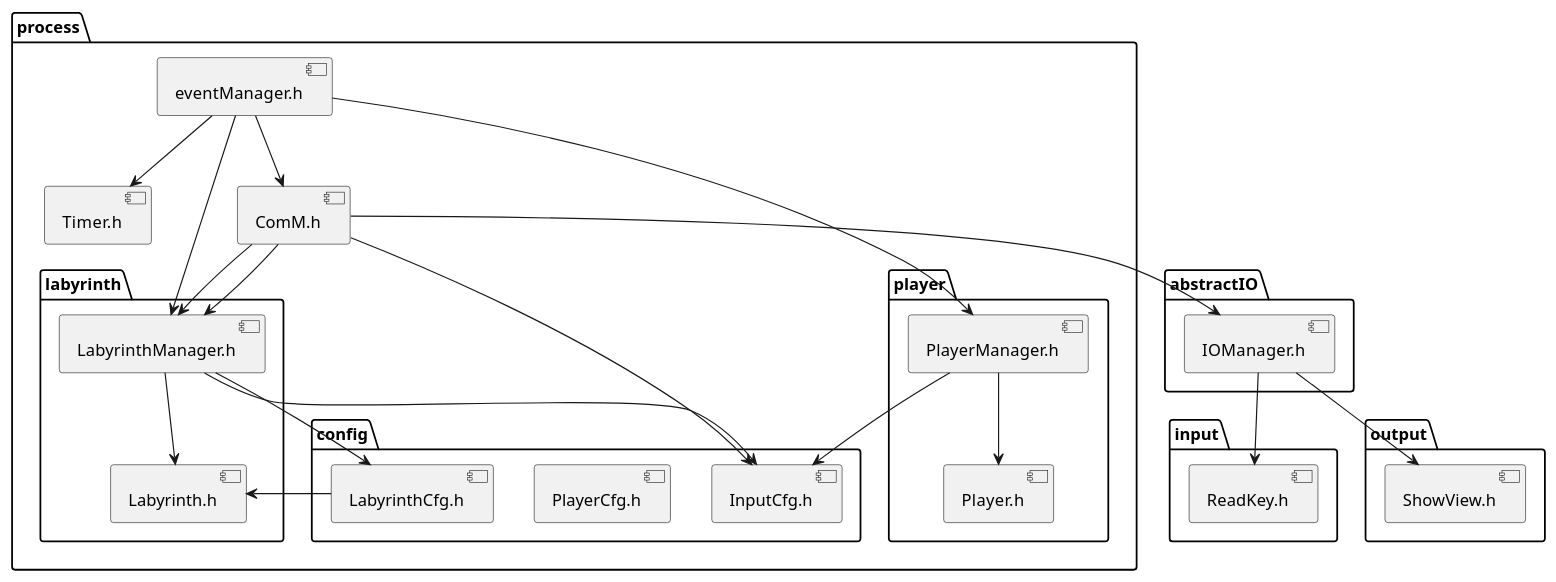
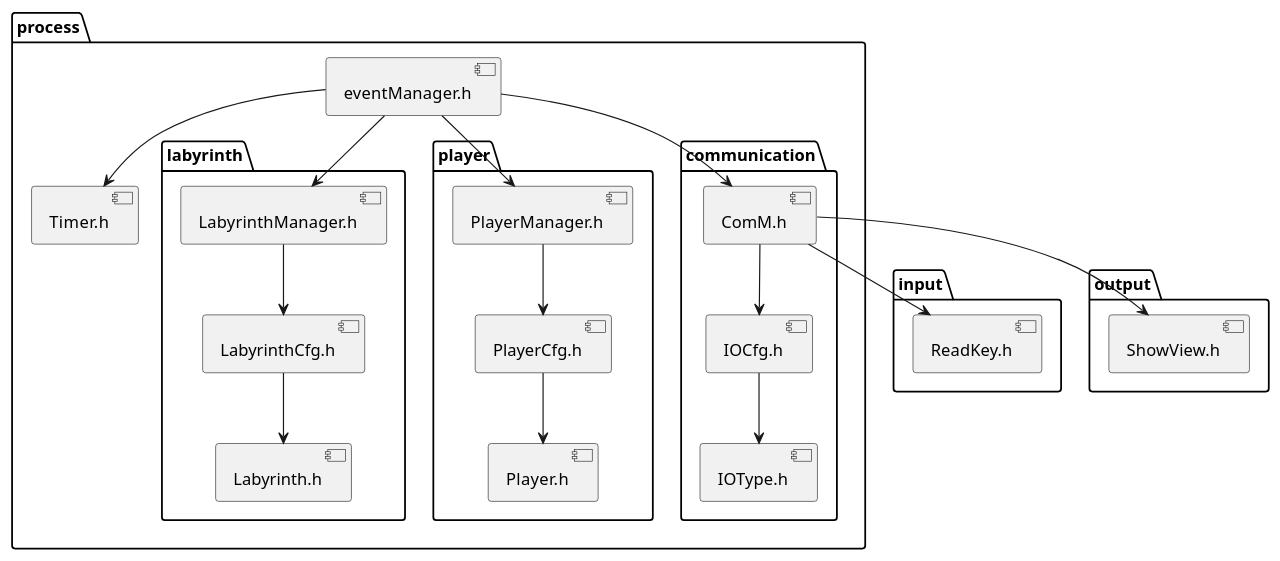
One commit to horiyoshihiro/LabyrinthGame changed the diagram in Doc/Component.pu. Above: the diagram before and after it, drawn with PlantUML. The commit also changed 35 other files, not shown here.

```diff
--- a/Doc/Component.pu
+++ b/Doc/Component.pu
@@ -1,55 +1,45 @@
 @startuml
-package "abstractIO" {
-    [IOManager.h]
-}
 
 package "input" {
      [ReadKey.h]
 }
 
-[IOManager.h] --> [ReadKey.h]
+package "output" {
+    [ShowView.h]
+}
 
 package "process" {
     [eventManager.h]
     [Timer.h]
-    [ComM.h]
     package "labyrinth" {
-        [LabyrinthManager.h] --> [Labyrinth.h]
+        [LabyrinthManager.h] --> [LabyrinthCfg.h]
+        [LabyrinthCfg.h] --> [Labyrinth.h]
     }
     package "player" {
-        [PlayerManager.h] --> [Player.h]
+        [PlayerManager.h] --> [PlayerCfg.h] 
+        [PlayerCfg.h] --> [Player.h]
+    }
+    
+    package "communication" {
+        [ComM.h] --> [IOCfg.h]
+        [IOCfg.h] --> [IOType.h]
     }
 
-    package "config" {
-        [LabyrinthCfg.h]
-        [PlayerCfg.h]
-        [InputCfg.h]
-    }
-    
-    
-    [LabyrinthManager.h] --> [LabyrinthCfg.h]
-    [LabyrinthCfg.h] --> [Labyrinth.h]
     [eventManager.h] --> [Timer.h]
     [eventManager.h] -->  [PlayerManager.h]
     [eventManager.h] -->  [LabyrinthManager.h]
     [eventManager.h] -->  [ComM.h]
-    [LabyrinthManager.h] --> [InputCfg.h]
-    [PlayerManager.h] --> [InputCfg.h]
-    [ComM.h] --> [InputCfg.h]
-    [ComM.h] --> [LabyrinthManager.h]
-    [ComM.h] --> [LabyrinthManager.h]
-}
-
-package "output" {
-    [IOManager.h] --> [ShowView.h]
+    
+    
 }
 
 
-[ComM.h]      --> [IOManager.h]     
+[ComM.h] --> [ReadKey.h]
+[ComM.h] --> [ShowView.h]   
 
 
 
 
 
 
 @enduml
```
